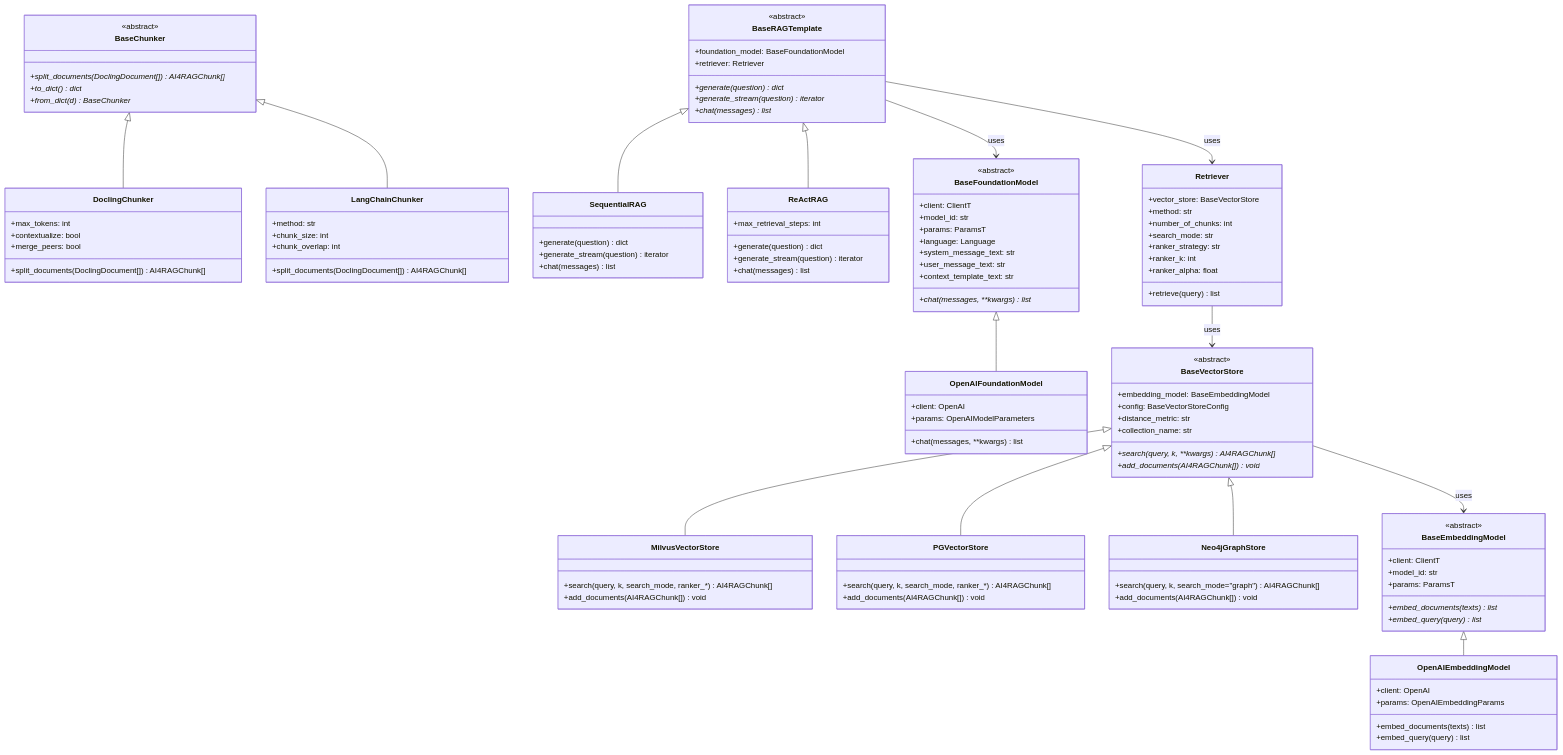
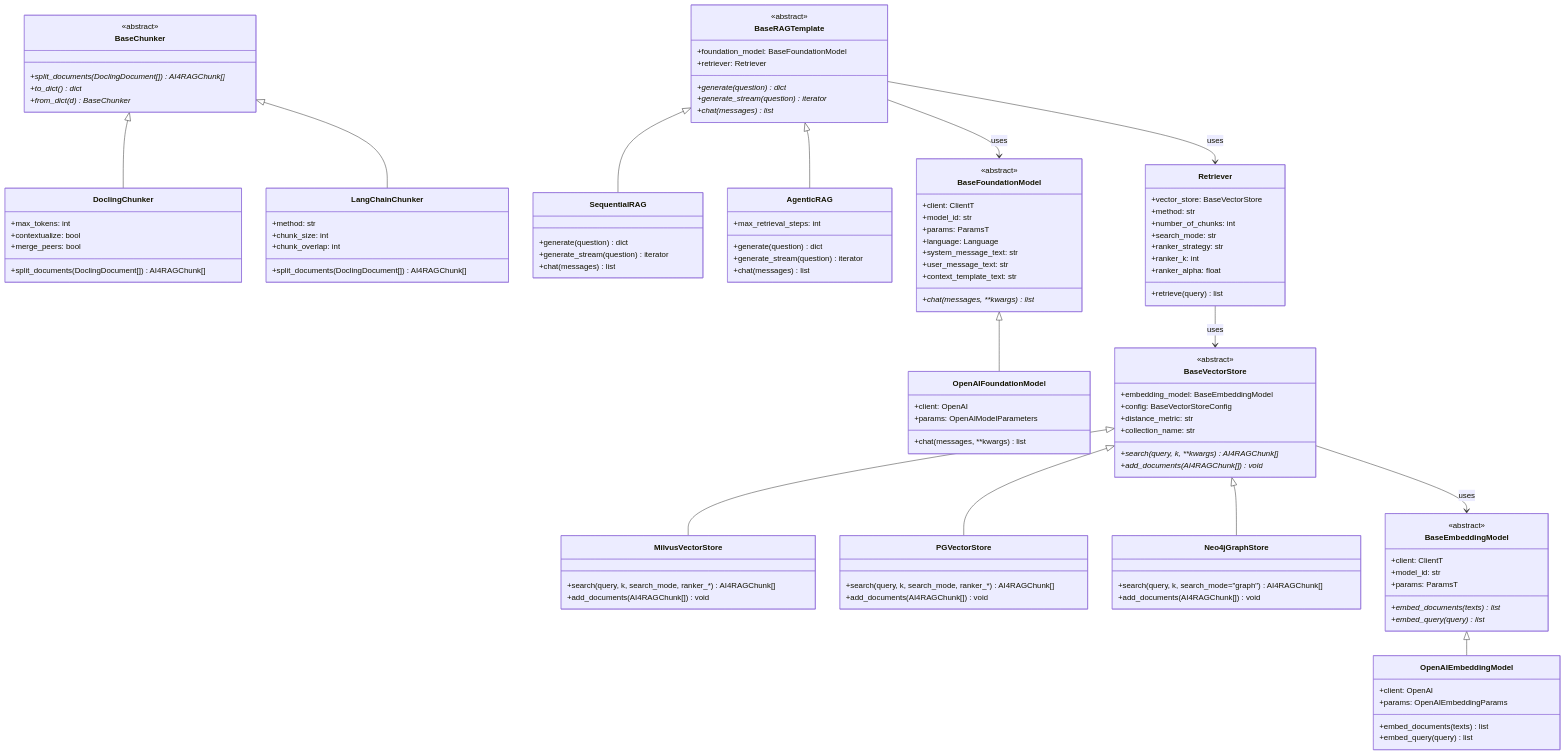
The diagram in docs/architecture/rag-components.md (IBM/ai4rag), drawn with Mermaid before and after one commit. The commit also changed other lines of this file and 32 other files, not shown here.

```diff
--- a/docs/architecture/rag-components.md
+++ b/docs/architecture/rag-components.md
@@ -114,7 +114,7 @@
         +chat(messages) list
     }
 
-    class ReActRAG {
+    class AgenticRAG {
         +max_retrieval_steps: int
         +generate(question) dict
         +generate_stream(question) iterator
@@ -129,7 +129,7 @@
     BaseChunker <|-- DoclingChunker
     BaseChunker <|-- LangChainChunker
     BaseRAGTemplate <|-- SequentialRAG
-    BaseRAGTemplate <|-- ReActRAG
+    BaseRAGTemplate <|-- AgenticRAG
 
     BaseVectorStore --> BaseEmbeddingModel : uses
     Retriever --> BaseVectorStore : uses
```
